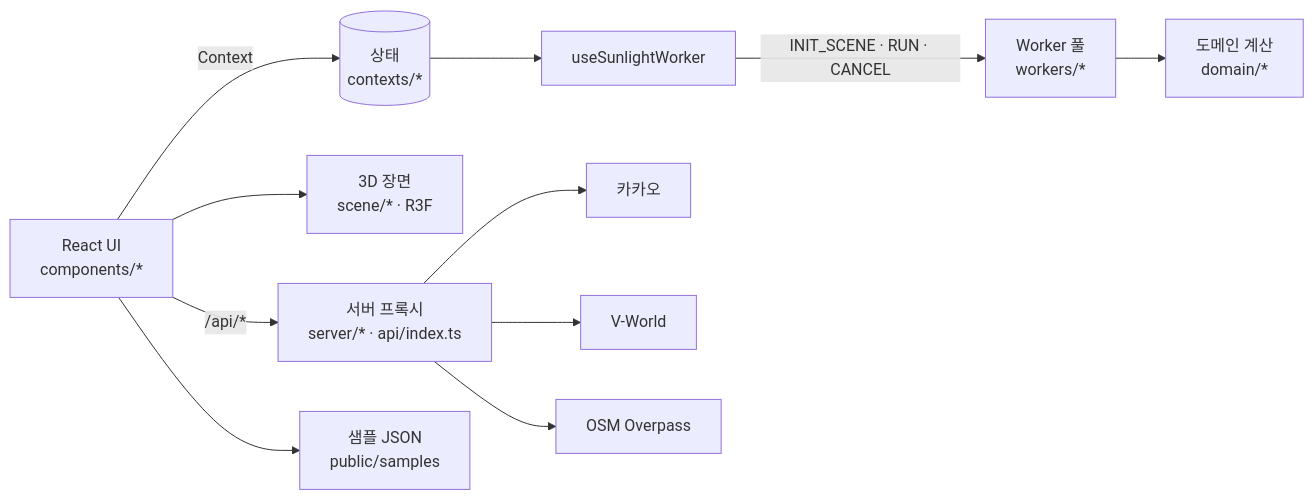
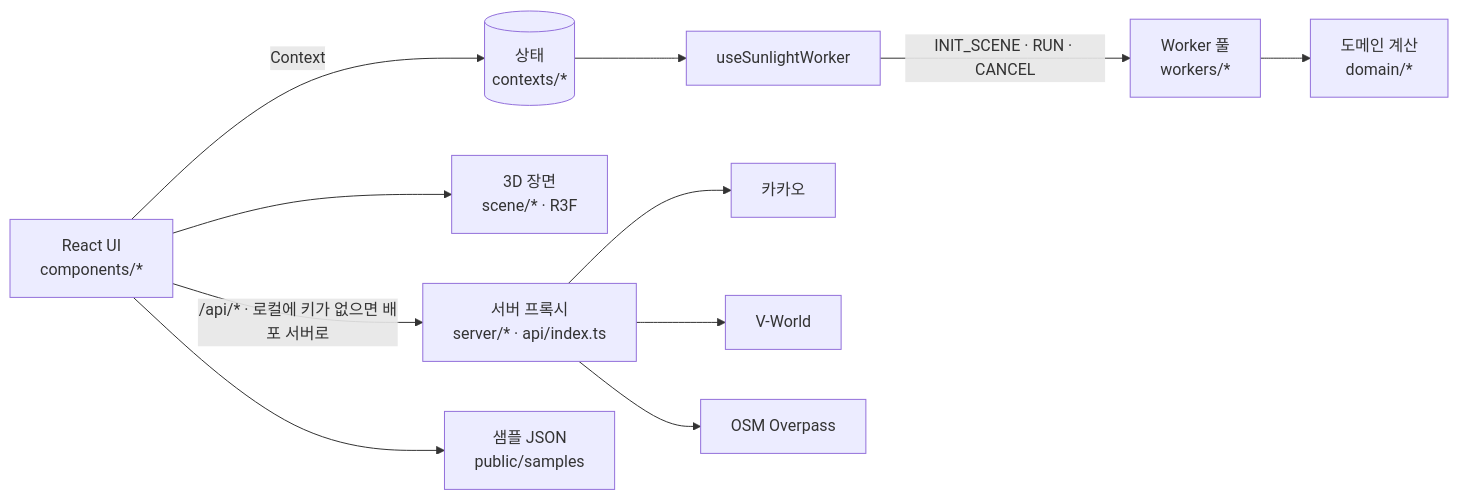
Before and after one commit to LEEmoonyong/real-estate-analysis: the diagram in README.md, drawn with Mermaid. The commit also changed other lines of this file and 1 other file, not shown here.

````diff
--- a/README.md
+++ b/README.md
@@ -171,11 +181,11 @@
 ```mermaid
 flowchart LR
   UI[React UI<br/>components/*] -->|Context| ST[(상태<br/>contexts/*)]
   UI --> SC[3D 장면<br/>scene/* · R3F]
   ST --> HK[useSunlightWorker]
   HK -->|INIT_SCENE · RUN · CANCEL| WP[Worker 풀<br/>workers/*]
   WP --> DM[도메인 계산<br/>domain/*]
-  UI -->|/api/*| SV[서버 프록시<br/>server/* · api/index.ts]
+  UI -->|/api/* · 로컬에 키가 없으면 배포 서버로| SV[서버 프록시<br/>server/* · api/index.ts]
   SV --> K[카카오] & V[V-World] & O[OSM Overpass]
   UI --> SM[샘플 JSON<br/>public/samples]
 ```
````
